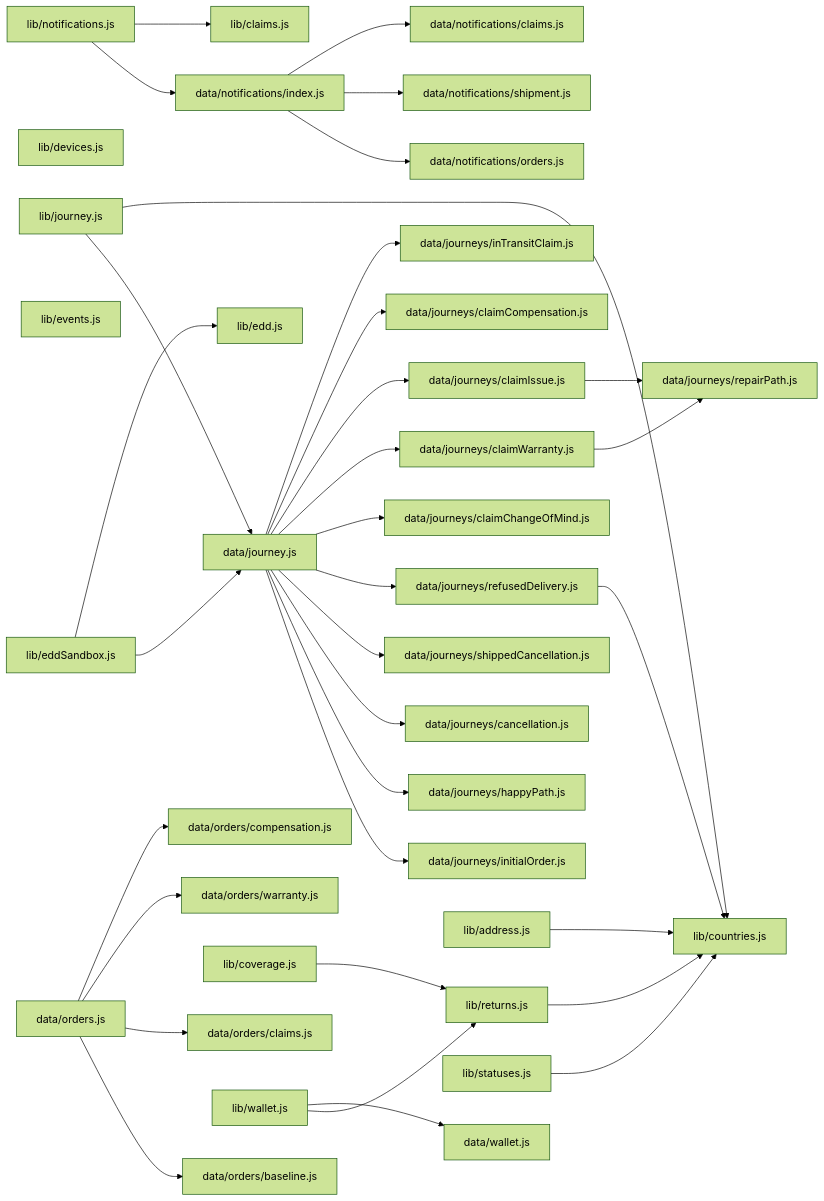
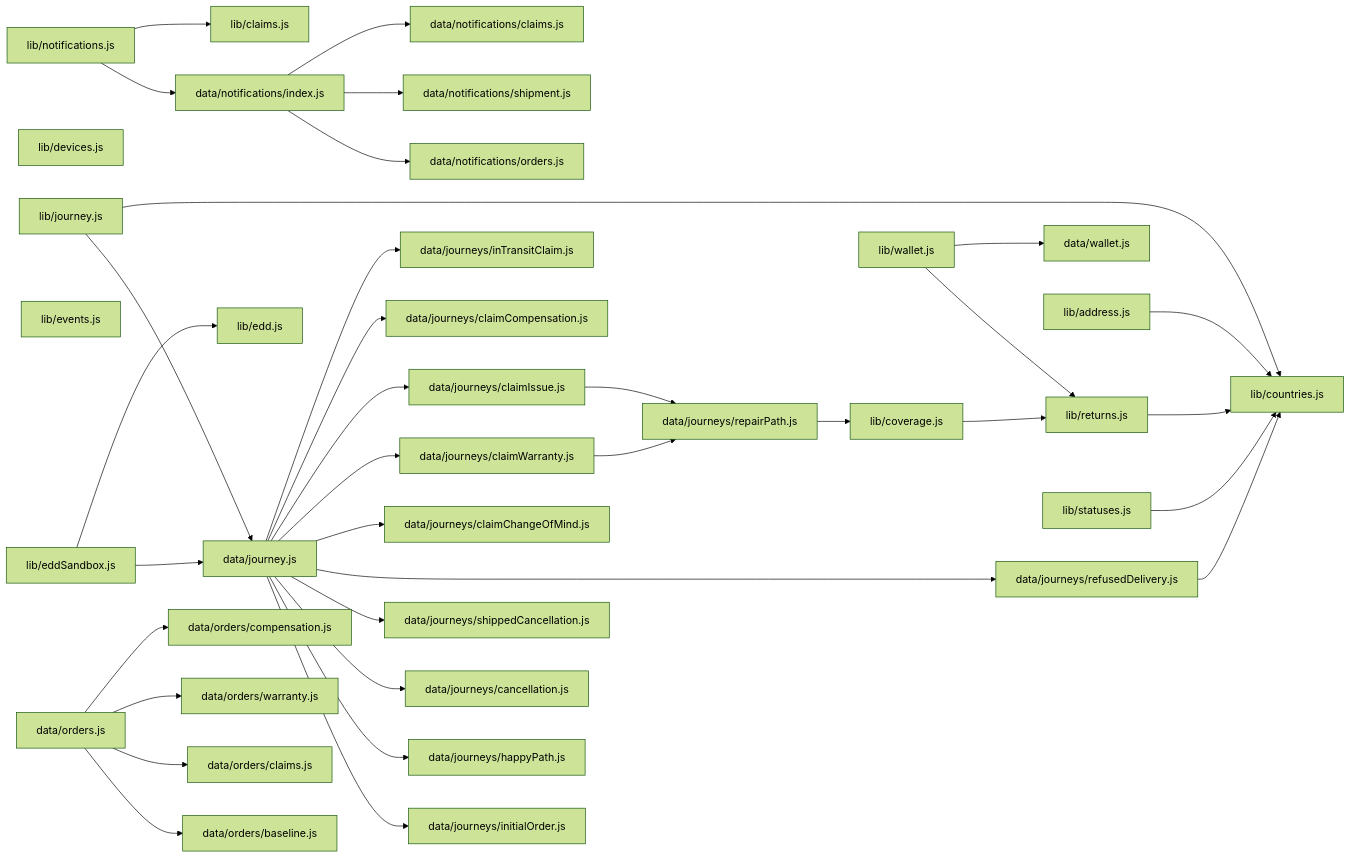
Before and after one commit to andrea-revibe/my-account-redesign-v2: the diagram in docs/code_map.md, drawn with Mermaid (forest theme). The commit also changed other lines of this file and 17 other files, not shown here.

````diff
--- a/docs/code_map.md
+++ b/docs/code_map.md
@@ -249,70 +255,71 @@
 ```mermaid
 graph LR
   data_journey_js["data/journey.js"]
   data_journeys_cancellation_js["data/journeys/cancellation.js"]
   data_journeys_claimChangeOfMind_js["data/journeys/claimChangeOfMind.js"]
   data_journeys_claimCompensation_js["data/journeys/claimCompensation.js"]
   data_journeys_claimIssue_js["data/journeys/claimIssue.js"]
   data_journeys_claimWarranty_js["data/journeys/claimWarranty.js"]
   data_journeys_happyPath_js["data/journeys/happyPath.js"]
   data_journeys_inTransitClaim_js["data/journeys/inTransitClaim.js"]
   data_journeys_initialOrder_js["data/journeys/initialOrder.js"]
   data_journeys_refusedDelivery_js["data/journeys/refusedDelivery.js"]
   data_journeys_repairPath_js["data/journeys/repairPath.js"]
   data_journeys_shippedCancellation_js["data/journeys/shippedCancellation.js"]
   data_notifications_claims_js["data/notifications/claims.js"]
   data_notifications_index_js["data/notifications/index.js"]
   data_notifications_orders_js["data/notifications/orders.js"]
   data_notifications_shipment_js["data/notifications/shipment.js"]
   data_orders_js["data/orders.js"]
   data_orders_baseline_js["data/orders/baseline.js"]
   data_orders_claims_js["data/orders/claims.js"]
   data_orders_compensation_js["data/orders/compensation.js"]
   data_orders_warranty_js["data/orders/warranty.js"]
   data_wallet_js["data/wallet.js"]
   lib_address_js["lib/address.js"]
   lib_claims_js["lib/claims.js"]
   lib_countries_js["lib/countries.js"]
   lib_coverage_js["lib/coverage.js"]
   lib_devices_js["lib/devices.js"]
   lib_edd_js["lib/edd.js"]
   lib_eddSandbox_js["lib/eddSandbox.js"]
   lib_events_js["lib/events.js"]
   lib_journey_js["lib/journey.js"]
   lib_notifications_js["lib/notifications.js"]
   lib_returns_js["lib/returns.js"]
   lib_statuses_js["lib/statuses.js"]
   lib_wallet_js["lib/wallet.js"]
   data_journey_js --> data_journeys_initialOrder_js
   data_journey_js --> data_journeys_happyPath_js
   data_journey_js --> data_journeys_cancellation_js
   data_journey_js --> data_journeys_shippedCancellation_js
   data_journey_js --> data_journeys_refusedDelivery_js
   data_journey_js --> data_journeys_claimChangeOfMind_js
   data_journey_js --> data_journeys_claimWarranty_js
   data_journey_js --> data_journeys_claimIssue_js
   data_journey_js --> data_journeys_claimCompensation_js
   data_journey_js --> data_journeys_inTransitClaim_js
   data_journeys_claimIssue_js --> data_journeys_repairPath_js
   data_journeys_claimWarranty_js --> data_journeys_repairPath_js
   data_journeys_refusedDelivery_js --> lib_countries_js
+  data_journeys_repairPath_js --> lib_coverage_js
   data_notifications_index_js --> data_notifications_orders_js
   data_notifications_index_js --> data_notifications_shipment_js
   data_notifications_index_js --> data_notifications_claims_js
   data_orders_js --> data_orders_baseline_js
   data_orders_js --> data_orders_claims_js
   data_orders_js --> data_orders_warranty_js
   data_orders_js --> data_orders_compensation_js
   lib_address_js --> lib_countries_js
   lib_coverage_js --> lib_returns_js
   lib_eddSandbox_js --> data_journey_js
   lib_eddSandbox_js --> lib_edd_js
   lib_journey_js --> data_journey_js
   lib_journey_js --> lib_countries_js
   lib_notifications_js --> data_notifications_index_js
   lib_notifications_js --> lib_claims_js
   lib_returns_js --> lib_countries_js
   lib_statuses_js --> lib_countries_js
   lib_wallet_js --> lib_returns_js
   lib_wallet_js --> data_wallet_js
 ```
````
